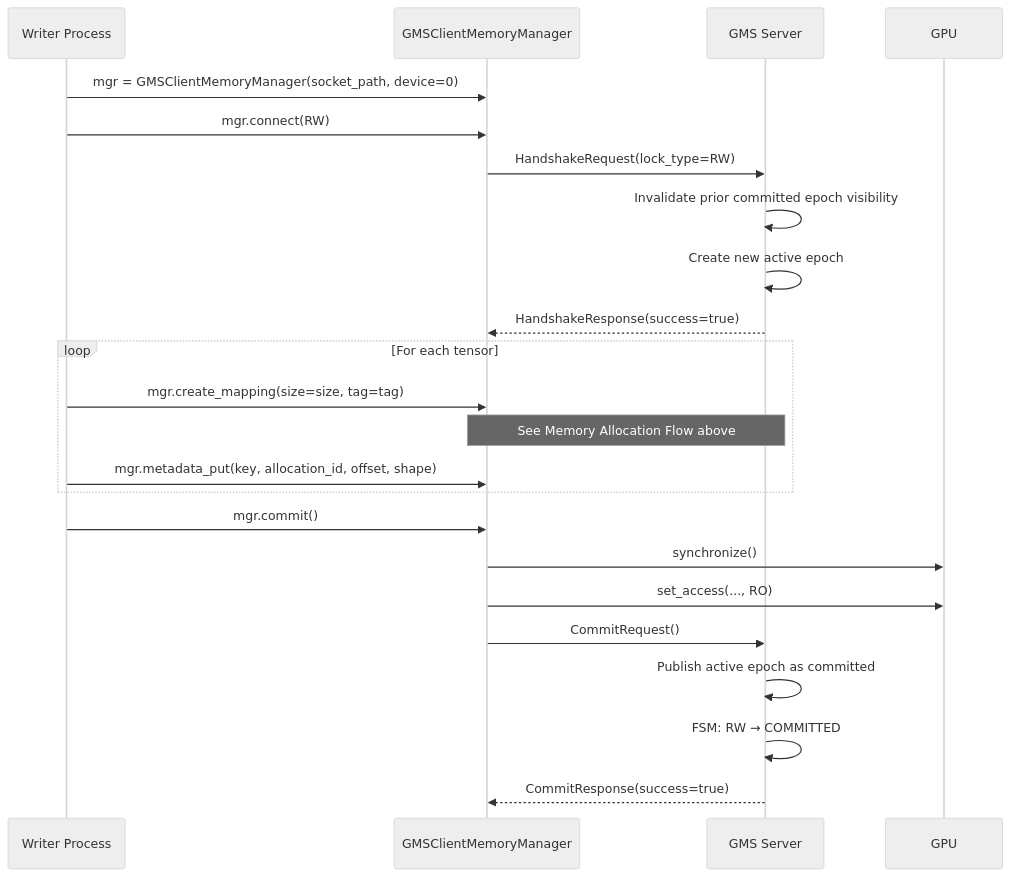
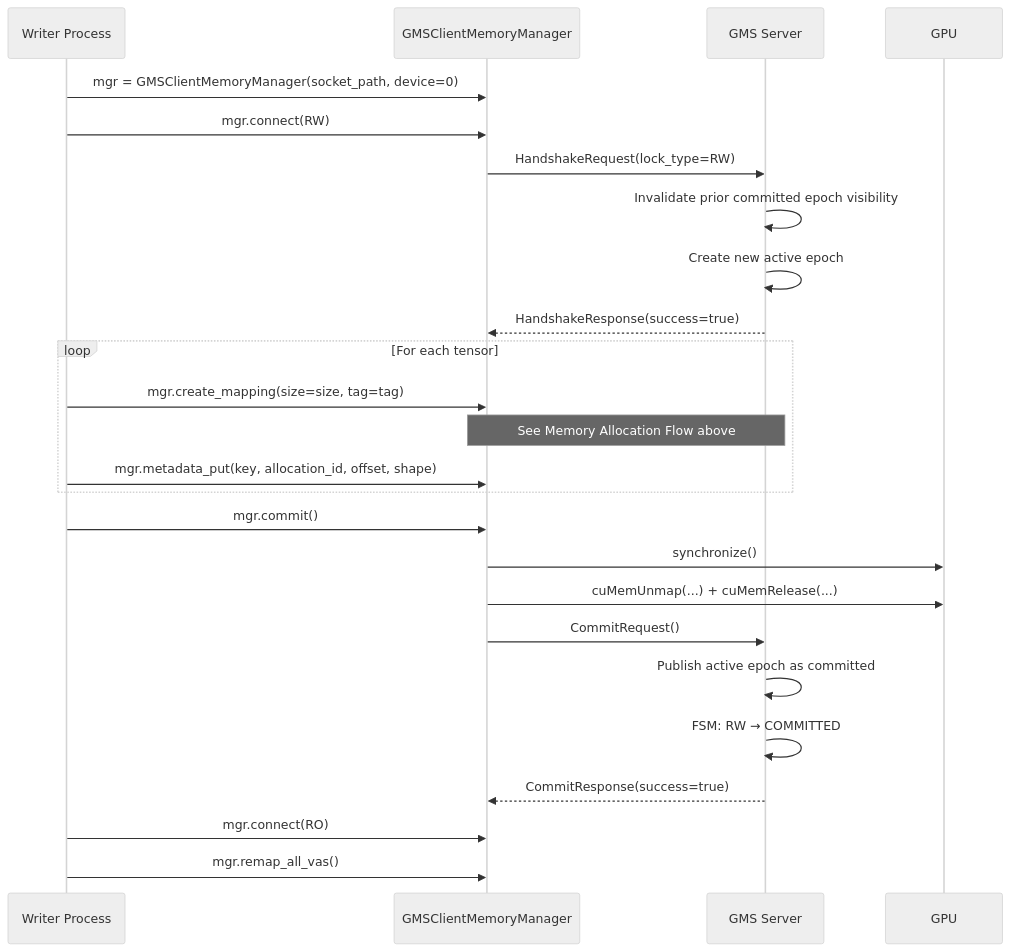
Before and after one commit to ai-dynamo/dynamo: the fifth of 8 diagrams in lib/gpu_memory_service/README.md, drawn with Mermaid (neutral theme). The commit also changed other lines of this file and 18 other files, not shown here.

````diff
--- a/lib/gpu_memory_service/README.md
+++ b/lib/gpu_memory_service/README.md
@@ -226,27 +256,29 @@
 ```mermaid
 sequenceDiagram
     participant W as Writer Process
     participant C as GMSClientMemoryManager
     participant S as GMS Server
 
     W->>C: mgr = GMSClientMemoryManager(socket_path, device=0)
     W->>C: mgr.connect(RW)
     C->>S: HandshakeRequest(lock_type=RW)
     S->>S: Invalidate prior committed epoch visibility
     S->>S: Create new active epoch
     S-->>C: HandshakeResponse(success=true)
 
     loop For each tensor
         W->>C: mgr.create_mapping(size=size, tag=tag)
         Note over C,S: See Memory Allocation Flow above
         W->>C: mgr.metadata_put(key, allocation_id, offset, shape)
     end
 
     W->>C: mgr.commit()
     C->>GPU: synchronize()
-    C->>GPU: set_access(..., RO)
+    C->>GPU: cuMemUnmap(...) + cuMemRelease(...)
     C->>S: CommitRequest()
     S->>S: Publish active epoch as committed
     S->>S: FSM: RW → COMMITTED
     S-->>C: CommitResponse(success=true)
+    W->>C: mgr.connect(RO)
+    W->>C: mgr.remap_all_vas()
 ```
````
